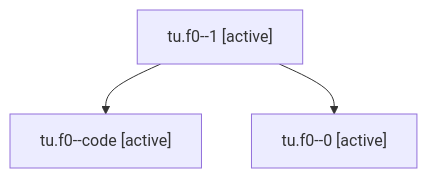
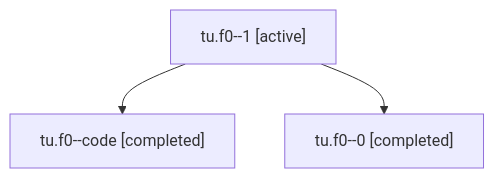
The diagram in families/bbugyi200.athena.tu.f0.md (bobs-org/bob-cli--agents), drawn with Mermaid before and after one commit. The commit also changed other lines of this file and 38 other files, not shown here.

````diff
--- a/families/bbugyi200.athena.tu.f0.md
+++ b/families/bbugyi200.athena.tu.f0.md
@@ -9,8 +9,8 @@
 ```mermaid
 flowchart TD
   n0["tu.f0--1 [active]"]
-  n1["tu.f0--code [active]"]
+  n1["tu.f0--code [completed]"]
   n0 --> n1
-  n2["tu.f0--0 [active]"]
+  n2["tu.f0--0 [completed]"]
   n0 --> n2
 ```
````
